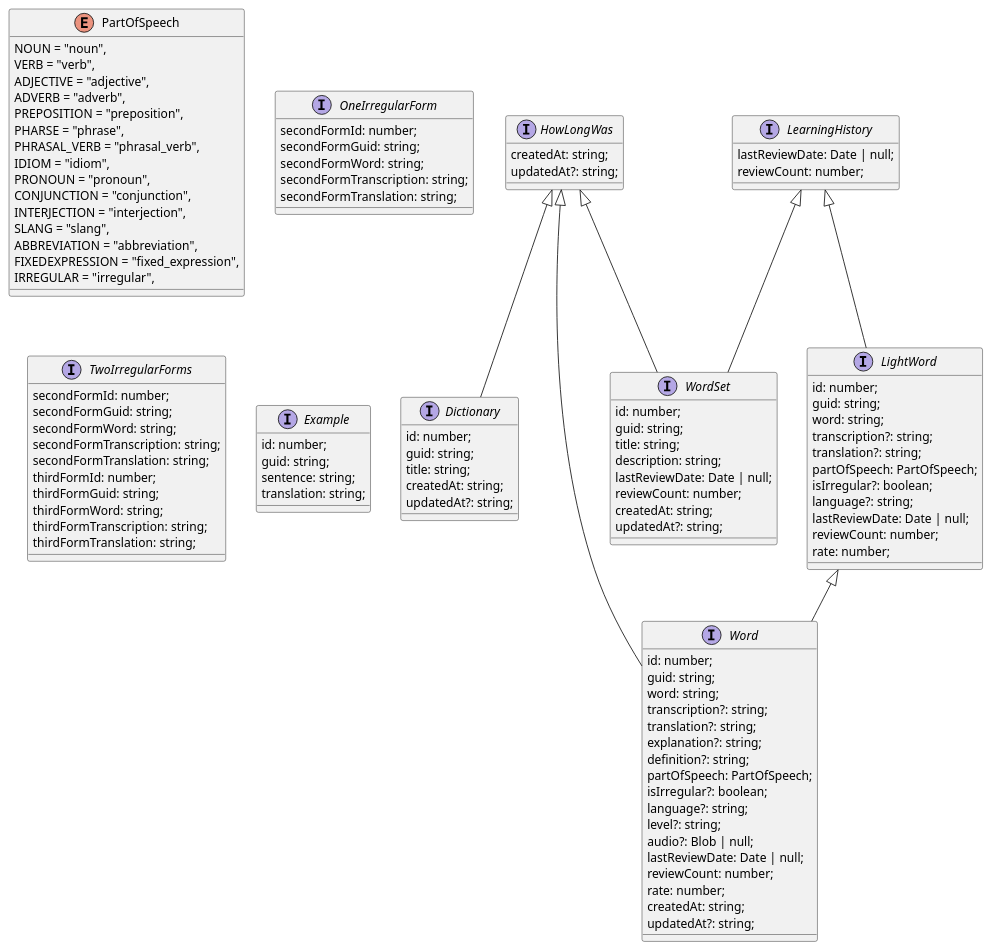
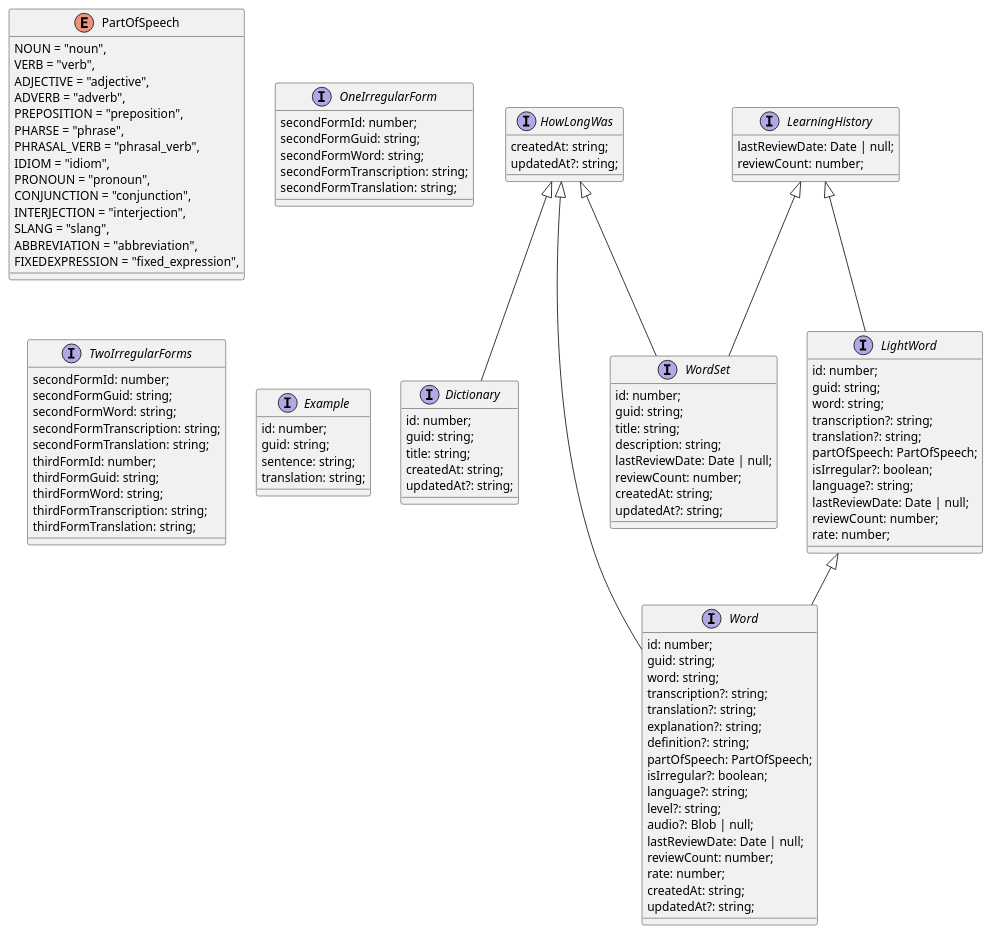
Before and after one commit to TanyaMukha/easy-english: the diagram in arch/entities.plantuml, drawn with PlantUML. The commit also changed 36 other files, not shown here.

```diff
--- a/arch/entities.plantuml
+++ b/arch/entities.plantuml
@@ -1,111 +1,110 @@
 @startuml entities
 enum PartOfSpeech {
   NOUN = "noun",
   VERB = "verb",
   ADJECTIVE = "adjective",
   ADVERB = "adverb",
   PREPOSITION = "preposition",
   PHARSE = "phrase",
   PHRASAL_VERB = "phrasal_verb",
   IDIOM = "idiom",
   PRONOUN = "pronoun",
   CONJUNCTION = "conjunction",
   INTERJECTION = "interjection",
   SLANG = "slang",
   ABBREVIATION = "abbreviation",
   FIXEDEXPRESSION = "fixed_expression",
-  IRREGULAR = "irregular",
 }
 
 interface Dictionary extends HowLongWas {
   id: number;
   guid: string;
   title: string;
   createdAt: string;
   updatedAt?: string;
 }
 
 interface OneIrregularForm {
   secondFormId: number;
   secondFormGuid: string;
   secondFormWord: string;
   secondFormTranscription: string;
   secondFormTranslation: string;
 }
 
 interface TwoIrregularForms {
   secondFormId: number;
   secondFormGuid: string;
   secondFormWord: string;
   secondFormTranscription: string;
   secondFormTranslation: string;
   thirdFormId: number;
   thirdFormGuid: string;
   thirdFormWord: string;
   thirdFormTranscription: string;
   thirdFormTranslation: string;
 }
 
 interface Example {
   id: number;
   guid: string;
   sentence: string;
   translation: string;
 }
 
 interface LearningHistory {
   lastReviewDate: Date | null;
   reviewCount: number;
 }
 
 interface HowLongWas {
   createdAt: string;
   updatedAt?: string;
 }
 
 interface LightWord extends LearningHistory {
   id: number;
   guid: string;
   word: string;
   transcription?: string;
   translation?: string;
   partOfSpeech: PartOfSpeech;
   isIrregular?: boolean;
   language?: string;
   lastReviewDate: Date | null;
   reviewCount: number;
   rate: number;
 }
 
 interface Word extends LightWord, HowLongWas {
   id: number;
   guid: string;
   word: string;
   transcription?: string;
   translation?: string;
   explanation?: string;
   definition?: string;
   partOfSpeech: PartOfSpeech;
   isIrregular?: boolean;
   language?: string;
   level?: string;
   audio?: Blob | null;
   lastReviewDate: Date | null;
   reviewCount: number;
   rate: number;
   createdAt: string;
   updatedAt?: string;
 }
 
 interface WordSet extends LearningHistory, HowLongWas {
   id: number;
   guid: string;
   title: string;
   description: string;
   lastReviewDate: Date | null;
   reviewCount: number;
   createdAt: string;
   updatedAt?: string;
 }
 
 @enduml
```
